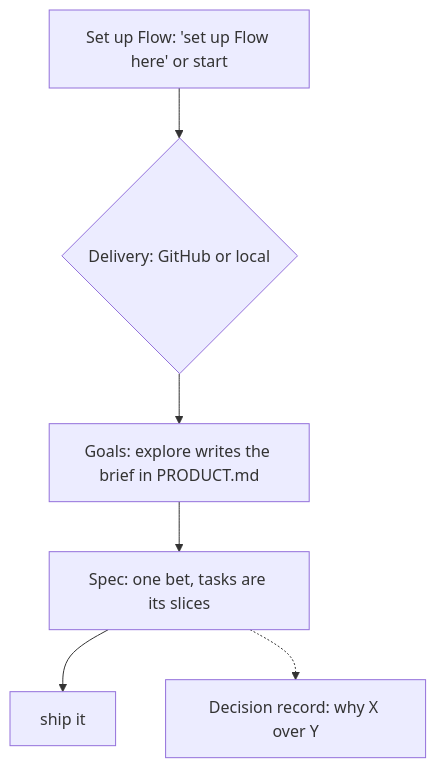
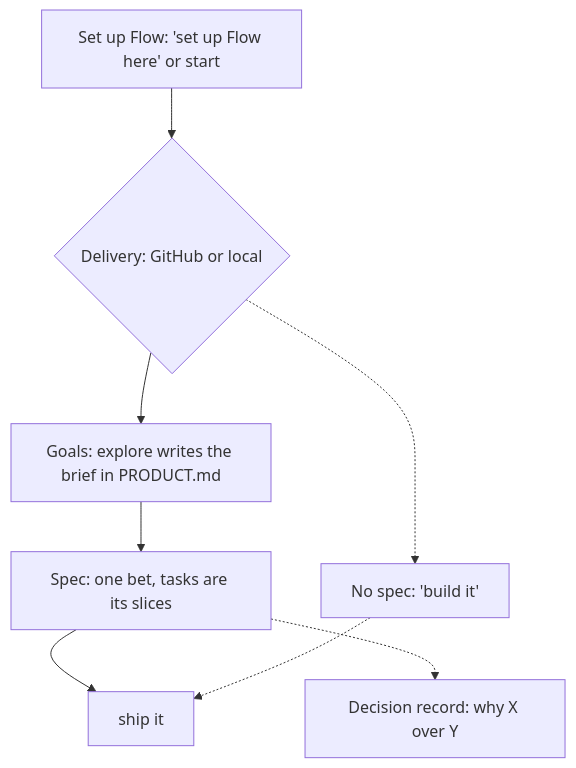
The first of 2 diagrams in README.md (gaboesquivel/flow-skills), drawn with Mermaid before and after one commit. The commit also changed other lines of this file and 17 other files, not shown here.

First line of the commit message:
feat(build): build never requires a spec (spec 025) (#129)

````diff
--- a/README.md
+++ b/README.md
@@ -17,11 +53,13 @@
 ```mermaid
 flowchart TB
   setup["Set up Flow: 'set up Flow here' or start"]
   delivery{"Delivery: GitHub or local"}
   goals["Goals: explore writes the brief in PRODUCT.md"]
   spec["Spec: one bet, tasks are its slices"]
   decision["Decision record: why X over Y"]
   ship["ship it"]
+  direct["No spec: 'build it'"]
   setup --> delivery --> goals --> spec --> ship
   spec -.-> decision
+  delivery -.-> direct -.-> ship
 ```
````
